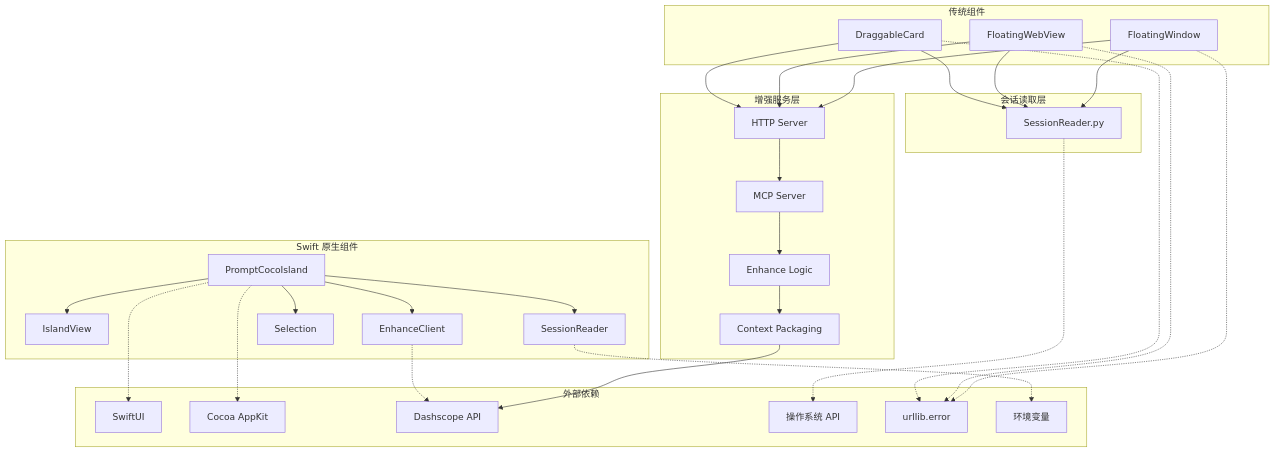
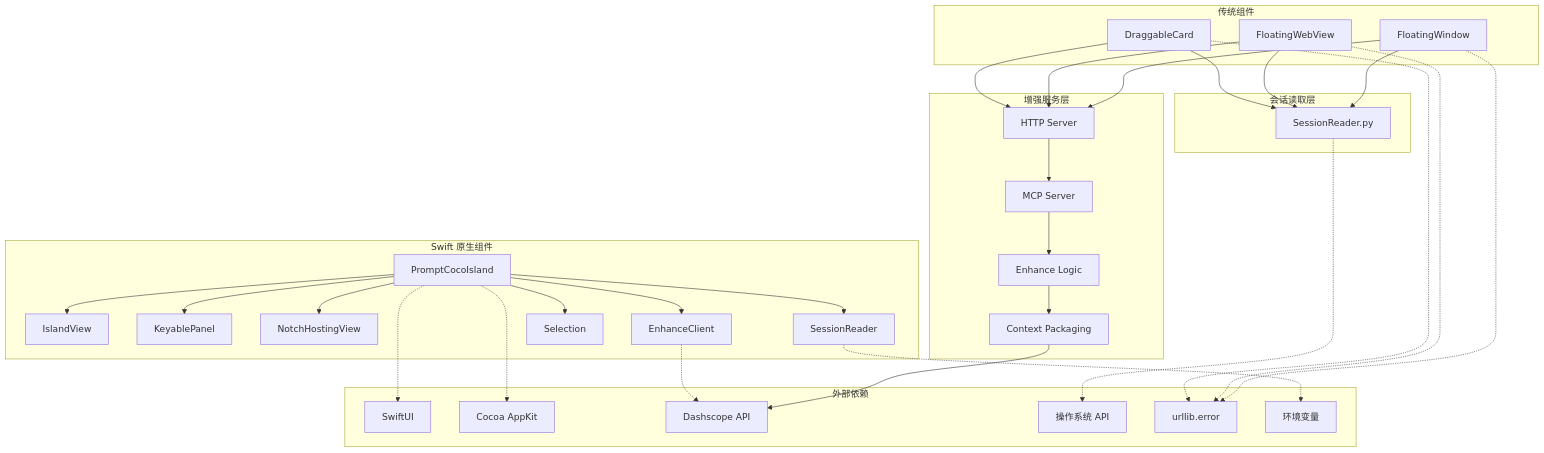
Diagram 14 of 14 in .qoder/repowiki/zh/content/核心架构/浮动窗口系统.md (WyRainBow/PromptCocoPilot), drawn with Mermaid before and after one commit. The commit also changed other lines of this file and 57 other files, not shown here.

````diff
--- a/.qoder/repowiki/zh/content/核心架构/浮动窗口系统.md
+++ b/.qoder/repowiki/zh/content/核心架构/浮动窗口系统.md
@@ -583,54 +668,58 @@
 ```mermaid
 graph TB
 subgraph "Swift 原生组件"
 PI[PromptCocoIsland]
 IV[IslandView]
+KP[KeyablePanel]
+NHV[NotchHostingView]
 EC[EnhanceClient]
 SR[SessionReader]
 SEL[Selection]
 end
 subgraph "传统组件"
 FW[FloatingWindow]
 FWV[FloatingWebView]
 DC[DraggableCard]
 end
 subgraph "会话读取层"
 SR2[SessionReader.py]
 end
 subgraph "增强服务层"
 HS[HTTP Server]
 MS[MCP Server]
 EP[Enhance Logic]
 CP[Context Packaging]
 end
 subgraph "外部依赖"
 SW[SwiftUI]
 CA[Cocoa AppKit]
 DS[Dashscope API]
 OS[操作系统 API]
 UR[urllib.error]
 END[环境变量]
 end
 PI --> IV
+PI --> KP
+PI --> NHV
 PI --> EC
 PI --> SR
 PI --> SEL
 FW --> SR2
 FWV --> SR2
 DC --> SR2
 FW --> HS
 FWV --> HS
 DC --> HS
 HS --> MS
 MS --> EP
 EP --> CP
 CP --> DS
 PI -.-> SW
 PI -.-> CA
 EC -.-> DS
 SR -.-> END
 SR2 -.-> OS
 FW -.-> UR
 FWV -.-> UR
 DC -.-> UR
 ```
````
